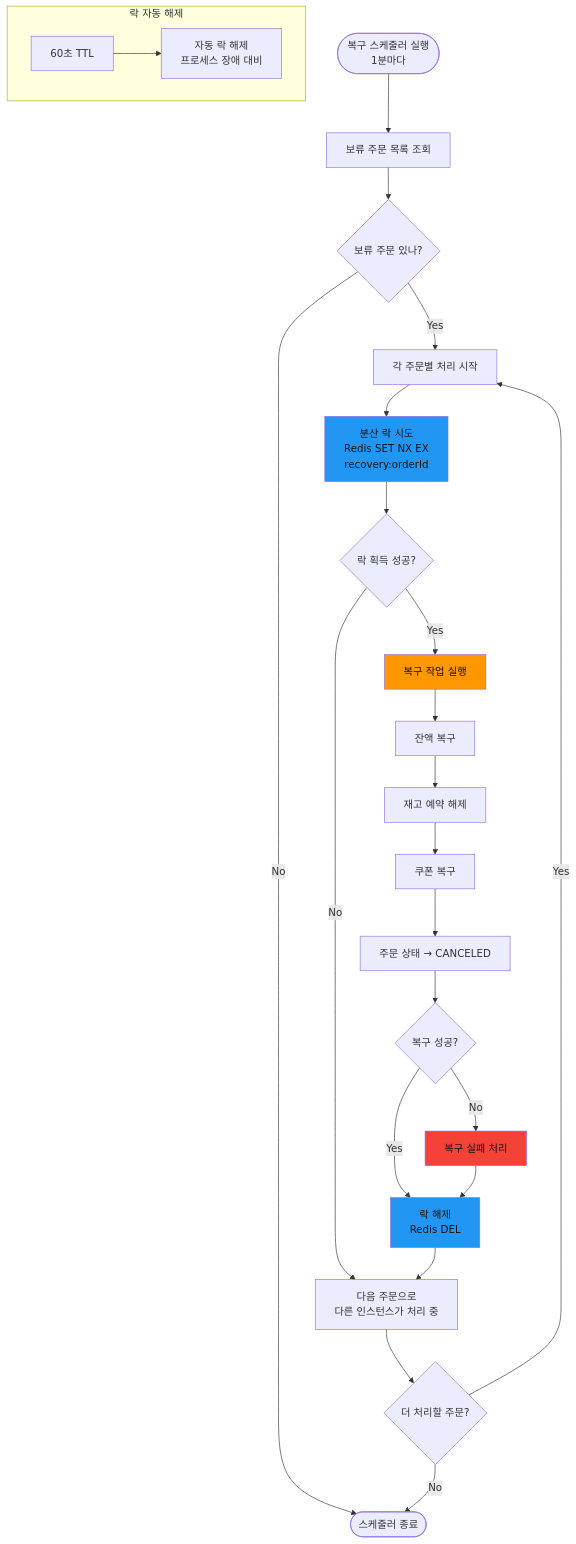
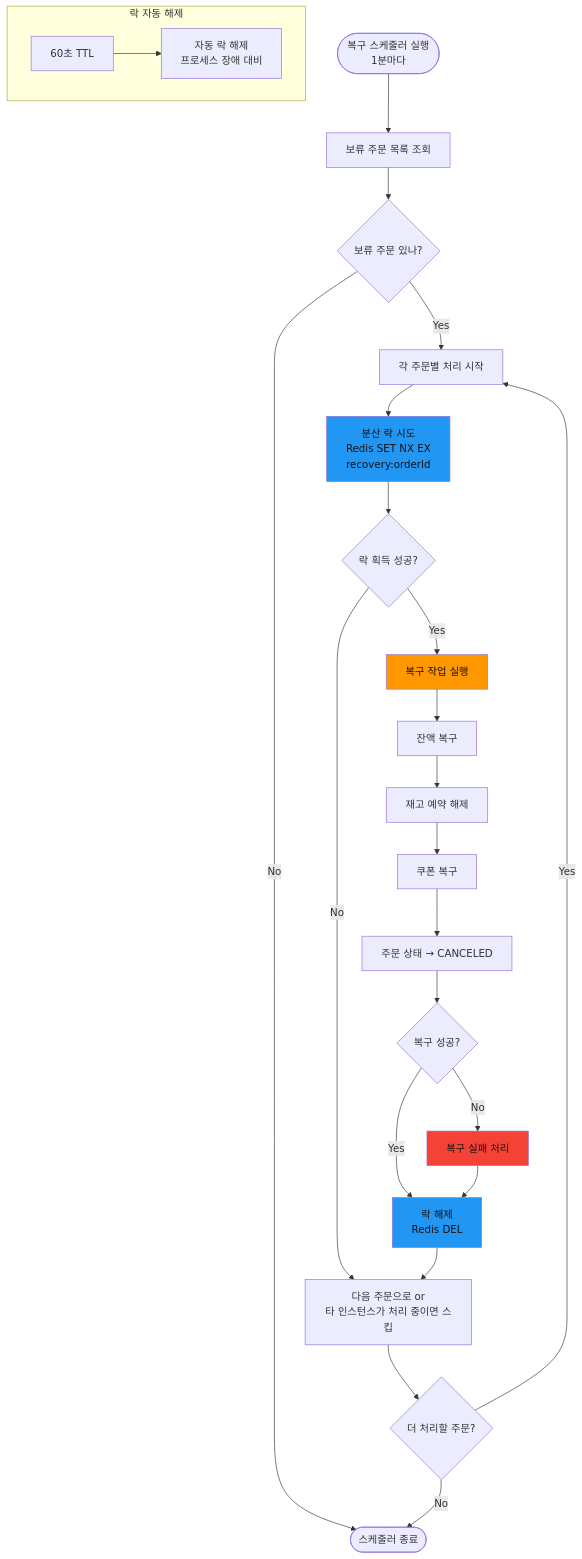
One commit to seho0808/hh-9-be-2 changed the third of 5 diagrams in docs/07-concurrency.md. Above: the diagram before and after it, drawn with Mermaid. The commit also changed other lines of this file, not shown here.

Commit message:
docs: 동시성 시퀀스 다이어그램 추가

````diff
--- a/docs/07-concurrency.md
+++ b/docs/07-concurrency.md
@@ -185,39 +131,39 @@
 ```mermaid
 flowchart TD
     Start([복구 스케줄러 실행<br/>1분마다]) --> GetPending[보류 주문 목록 조회]
     GetPending --> HasOrders{보류 주문 있나?}
 
     HasOrders -->|No| End([스케줄러 종료])
     HasOrders -->|Yes| LoopStart[각 주문별 처리 시작]
 
     LoopStart --> TryLock[분산 락 시도<br/>Redis SET NX EX<br/>recovery:orderId]
 
     TryLock --> LockResult{락 획득 성공?}
-    LockResult -->|No| NextOrder[다음 주문으로<br/>다른 인스턴스가 처리 중]
+    LockResult -->|No| NextOrder[다음 주문으로 or<br/>타 인스턴스가 처리 중이면 스킵]
     LockResult -->|Yes| ProcessRecovery[복구 작업 실행]
 
     ProcessRecovery --> RestoreBalance[잔액 복구]
     RestoreBalance --> RestoreStock[재고 예약 해제]
     RestoreStock --> RestoreCoupon[쿠폰 복구]
     RestoreCoupon --> UpdateOrderStatus[주문 상태 → CANCELED]
 
     UpdateOrderStatus --> RecoverySuccess{복구 성공?}
     RecoverySuccess -->|Yes| ReleaseLock[락 해제<br/>Redis DEL]
     RecoverySuccess -->|No| HandleError[복구 실패 처리]
 
     HandleError --> ReleaseLock
     ReleaseLock --> NextOrder
 
     NextOrder --> MoreOrders{더 처리할 주문?}
     MoreOrders -->|Yes| LoopStart
     MoreOrders -->|No| End
 
     subgraph "락 자동 해제"
         LockTTL[60초 TTL] --> AutoRelease[자동 락 해제<br/>프로세스 장애 대비]
     end
 
     style TryLock color:#111,fill:#2196f3
     style ReleaseLock color:#111,fill:#2196f3
     style ProcessRecovery color:#111,fill:#ff9800
     style HandleError color:#111,fill:#f44336
 ```
````
